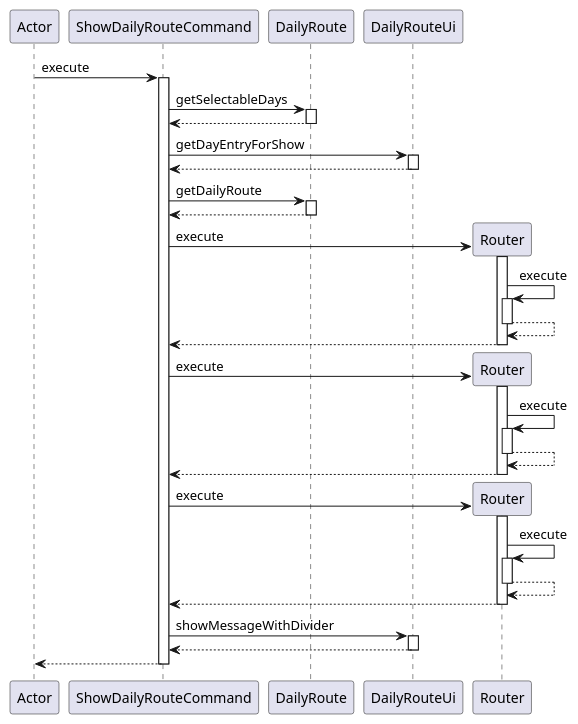
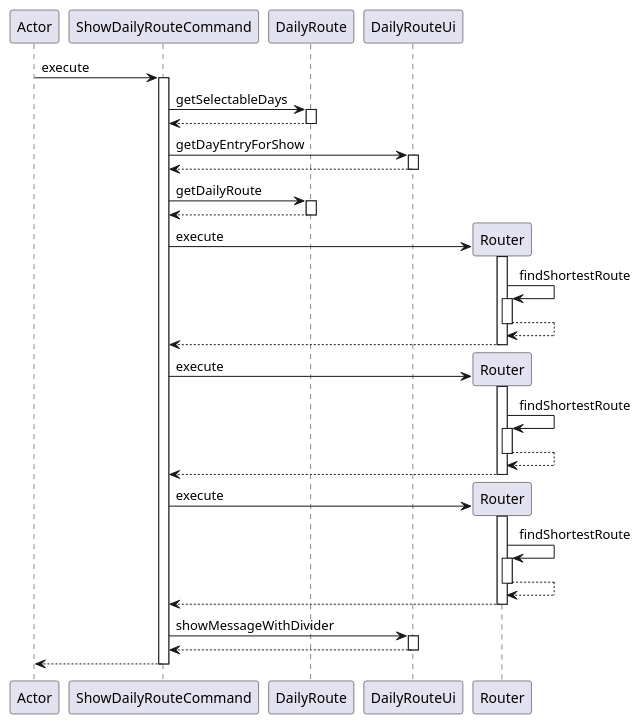
One commit to nus-cs2113-AY2021S2/tp changed the diagram in docs/showday.puml. Above: the diagram before and after it, drawn with PlantUML. The commit also changed 2 other files, not shown here.

Commit message:
fixed self method call in sequence diagram of show daily route

```diff
--- a/docs/showday.puml
+++ b/docs/showday.puml
@@ -1,47 +1,47 @@
 @startuml
 participant Actor
 Actor -> ShowDailyRouteCommand : execute
 activate ShowDailyRouteCommand
 ShowDailyRouteCommand -> DailyRoute : getSelectableDays
 activate DailyRoute
 return
 deactivate DailyRoute
 ShowDailyRouteCommand -> DailyRouteUi : getDayEntryForShow
 activate DailyRouteUi
 return
 deactivate DailyRouteUi
 ShowDailyRouteCommand -> DailyRoute : getDailyRoute
 activate DailyRoute
 return
 deactivate DailyRoute
 
 create Router
 ShowDailyRouteCommand -> Router : execute
 activate Router
-Router -> Router : execute
+Router -> Router : findShortestRoute
 activate Router
 return
 return
 
 create Router
 ShowDailyRouteCommand -> Router : execute
 activate Router
-Router -> Router : execute
+Router -> Router : findShortestRoute
 activate Router
 return
 return
 create Router
 ShowDailyRouteCommand -> Router : execute
 activate Router
-Router -> Router : execute
+Router -> Router : findShortestRoute
 activate Router
 return
 return
 
 ShowDailyRouteCommand -> DailyRouteUi: showMessageWithDivider
 activate DailyRouteUi
 return
 deactivate DailyRouteUi
 ShowDailyRouteCommand --> Actor
 deactivate ShowDailyRouteCommand
 @enduml
```
